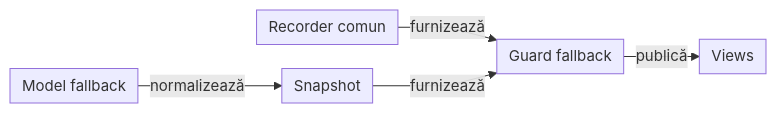
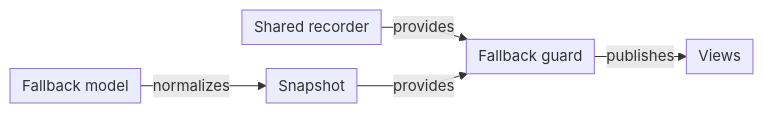
The ninth of 12 diagrams in docs/ATF_Architecture.md (crististefanita/atf_j1), drawn with Mermaid before and after one commit. The commit also changed other lines of this file and 83 other files, not shown here.

````diff
--- a/docs/ATF_Architecture.md
+++ b/docs/ATF_Architecture.md
@@ -644,12 +646,12 @@
 ```mermaid
 %%{init: {"themeVariables":{"fontSize":"15px"},"themeCSS":".nodeLabel, .nodeLabel p { font-size: 15px !important; line-height: 1.35 !important; } .edgeLabel, .edgeLabel p { font-size: 12px !important; font-weight: 400 !important; line-height: 1.2 !important; } .edgeLabel .labelBkg, .edgeLabel p { background: transparent !important; } .edgeLabel foreignObject { transform: translateY(-18px); overflow: visible; } .node rect { rx: 6px; ry: 6px; }","flowchart":{"curve":"linear","nodeSpacing":24,"rankSpacing":24,"padding":6,"diagramPadding":20}}}%%
 flowchart LR
-    Recorder["Recorder comun"]
-    Fallback["Model fallback"]
+    Recorder["Shared recorder"]
+    Fallback["Fallback model"]
     Adapter["Snapshot"]
-    Guard["Guard fallback"]
-    Recorder -->|furnizează| Guard
-    Fallback -->|normalizează| Adapter
-    Adapter -->|furnizează| Guard
-    Guard -->|publică| Output["Views"]
+    Guard["Fallback guard"]
+    Recorder -->|provides| Guard
+    Fallback -->|normalizes| Adapter
+    Adapter -->|provides| Guard
+    Guard -->|publishes| Output["Views"]
 ```
````
